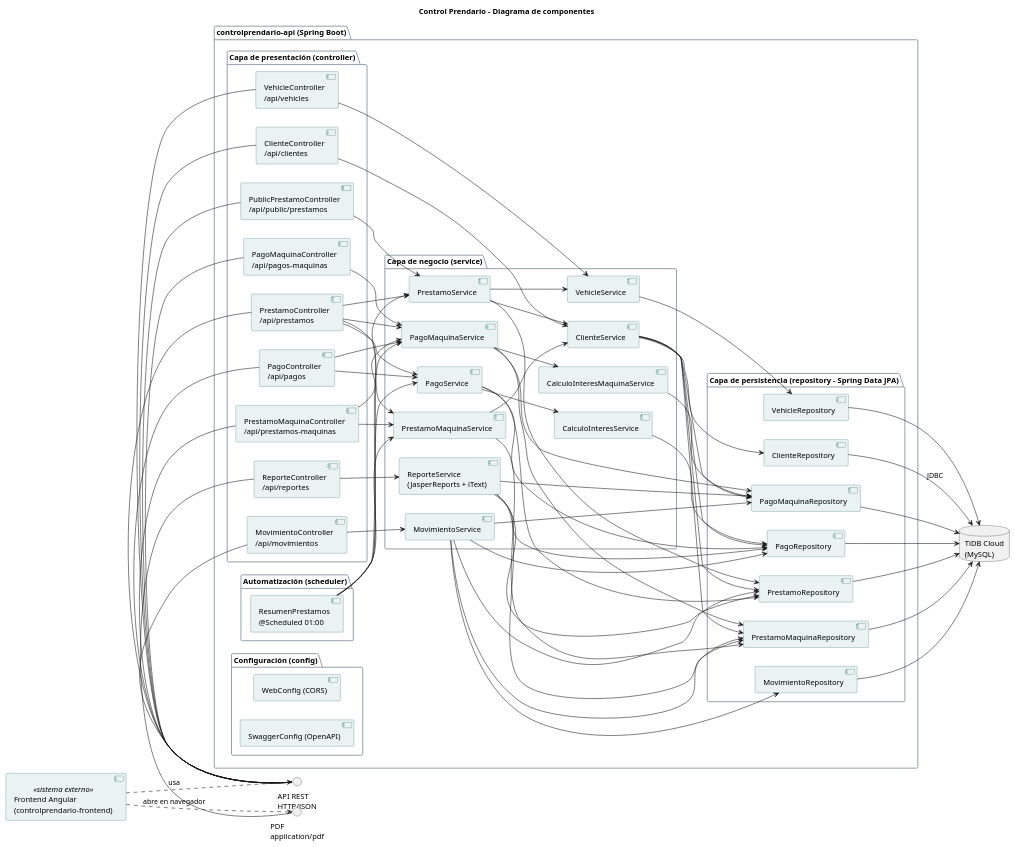
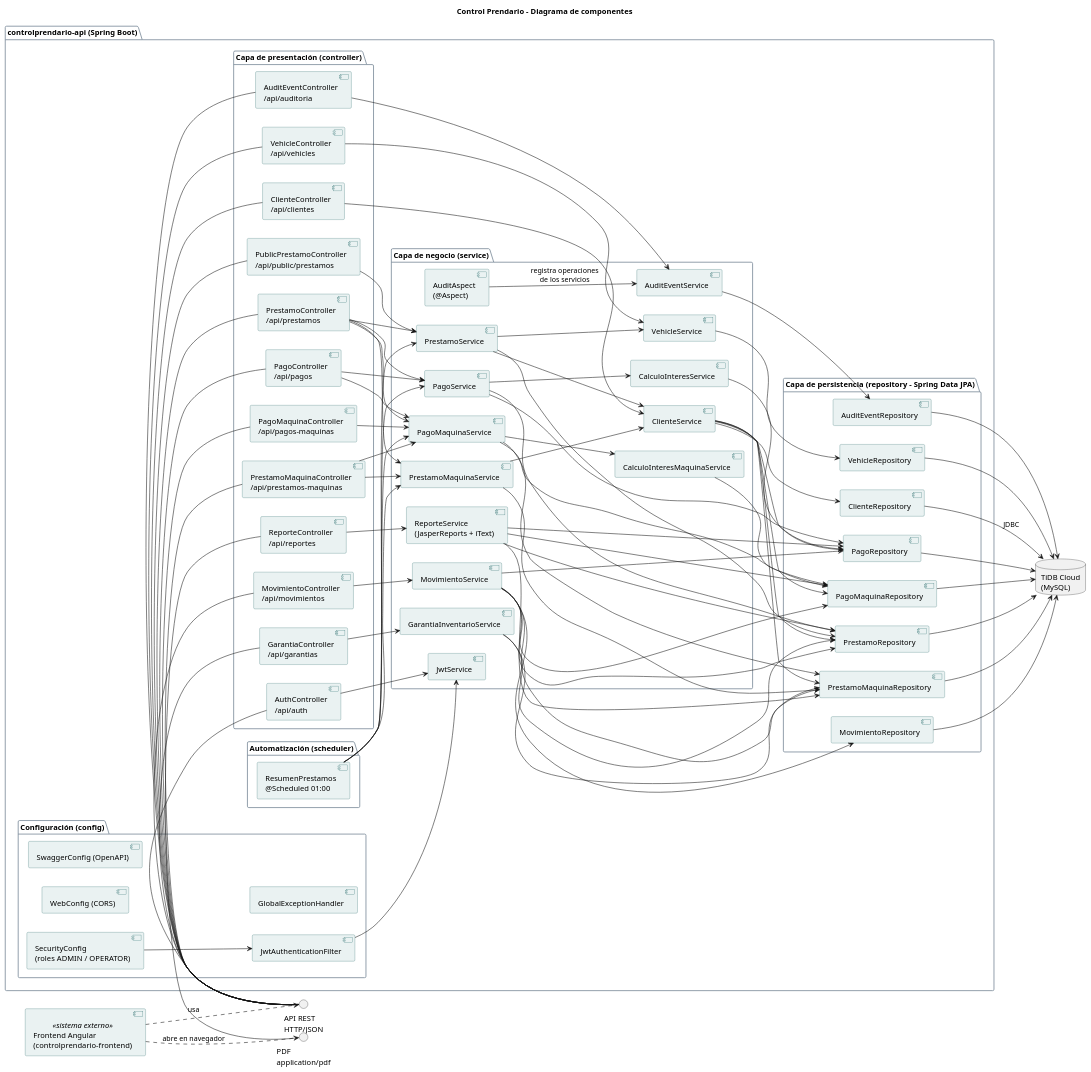
The diagram in docs/diagramas/fuentes/08-componentes.puml (ElPiston1870/controlprendario-api), drawn with PlantUML before and after one commit. The commit also changed 39 other files, not shown here.

```diff
--- a/docs/diagramas/fuentes/08-componentes.puml
+++ b/docs/diagramas/fuentes/08-componentes.puml
@@ -1,139 +1,163 @@
 @startuml 08-componentes
 ' Diagrama de componentes - Control Prendario (backend controlprendario-api)
 ' Fuente: paquetes controller, service, repository, scheduler, config del codigo
 title Control Prendario - Diagrama de componentes
 
 skinparam shadowing false
 skinparam defaultFontName Arial
 skinparam componentStyle uml2
 skinparam component {
   BackgroundColor #EAF2F2
   BorderColor #2F6F6F
 }
 skinparam package {
   BorderColor #7A8A99
 }
 left to right direction
 
 component "Frontend Angular\n(controlprendario-frontend)" as FE <<sistema externo>>
 database "TiDB Cloud\n(MySQL)" as DB
 interface "API REST\nHTTP/JSON" as API
 interface "PDF\napplication/pdf" as PDF
 
 package "controlprendario-api (Spring Boot)" {
 
   package "Capa de presentación (controller)" {
     component "ClienteController\n/api/clientes" as CC
     component "VehicleController\n/api/vehicles" as VC
     component "PrestamoController\n/api/prestamos" as PC
     component "PrestamoMaquinaController\n/api/prestamos-maquinas" as PMC
     component "PagoController\n/api/pagos" as PgC
     component "PagoMaquinaController\n/api/pagos-maquinas" as PgMC
     component "MovimientoController\n/api/movimientos" as MC
     component "ReporteController\n/api/reportes" as RC
     component "PublicPrestamoController\n/api/public/prestamos" as PPC
+    component "AuthController\n/api/auth" as AC
+    component "GarantiaController\n/api/garantias" as GC
+    component "AuditEventController\n/api/auditoria" as AEC
   }
 
   package "Capa de negocio (service)" {
     component "ClienteService" as CS
     component "VehicleService" as VS
     component "PrestamoService" as PS
     component "PrestamoMaquinaService" as PMS
     component "PagoService" as PgS
     component "PagoMaquinaService" as PgMS
     component "CalculoInteresService" as CIS
     component "CalculoInteresMaquinaService" as CIMS
     component "MovimientoService" as MS
     component "ReporteService\n(JasperReports + iText)" as RS
+    component "GarantiaInventarioService" as GIS
+    component "JwtService" as JS
+    component "AuditEventService" as AES
+    component "AuditAspect\n(@Aspect)" as AA
   }
 
   package "Automatización (scheduler)" {
     component "ResumenPrestamos\n@Scheduled 01:00" as SCH
   }
 
   package "Capa de persistencia (repository - Spring Data JPA)" {
     component "ClienteRepository" as CR
     component "VehicleRepository" as VR
     component "PrestamoRepository" as PR
     component "PrestamoMaquinaRepository" as PMR
     component "PagoRepository" as PgR
     component "PagoMaquinaRepository" as PgMR
     component "MovimientoRepository" as MR
+    component "AuditEventRepository" as AER
   }
 
   package "Configuración (config)" {
     component "WebConfig (CORS)" as WC
     component "SwaggerConfig (OpenAPI)" as SC
+    component "SecurityConfig\n(roles ADMIN / OPERATOR)" as SEC
+    component "JwtAuthenticationFilter" as JAF
+    component "GlobalExceptionHandler" as GEH
   }
 
 }
 
 FE ..> API : usa
 FE ..> PDF : abre en navegador
 API - CC
 API - VC
 API - PC
 API - PMC
 API - PgC
 API - PgMC
 API - MC
 API - PPC
+API - AC
+API - GC
+API - AEC
 PDF - RC
 
 CC --> CS
 VC --> VS
 PC --> PS
 PC --> PMS
 PC --> PgS
 PC --> PgMS
 PMC --> PMS
 PMC --> PgMS
 PgC --> PgS
 PgC --> PgMS
 PgMC --> PgMS
 MC --> MS
 RC --> RS
 PPC --> PS
+AC --> JS
+GC --> GIS
+AEC --> AES
+JAF --> JS
+SEC --> JAF
+AA --> AES : registra operaciones\nde los servicios
 
 PS --> CS
 PS --> VS
 PMS --> CS
 PgS --> CIS
 PgMS --> CIMS
 SCH --> PS
 SCH --> PgS
 SCH --> PMS
 SCH --> PgMS
 
 CS --> CR
 CS --> PR
 CS --> PMR
 CS --> PgR
 CS --> PgMR
 VS --> VR
 PS --> PR
 PMS --> PMR
 PgS --> PgR
 PgS --> PR
 PgMS --> PgMR
 PgMS --> PMR
 CIS --> PgR
 CIMS --> PgMR
 MS --> MR
 MS --> PgR
 MS --> PgMR
 MS --> PR
 MS --> PMR
 RS --> PR
 RS --> PMR
 RS --> PgR
 RS --> PgMR
+GIS --> PR
+GIS --> PMR
+AES --> AER
 
 CR --> DB : JDBC
 VR --> DB
 PR --> DB
 PMR --> DB
 PgR --> DB
 PgMR --> DB
 MR --> DB
+AER --> DB
 @enduml
```
